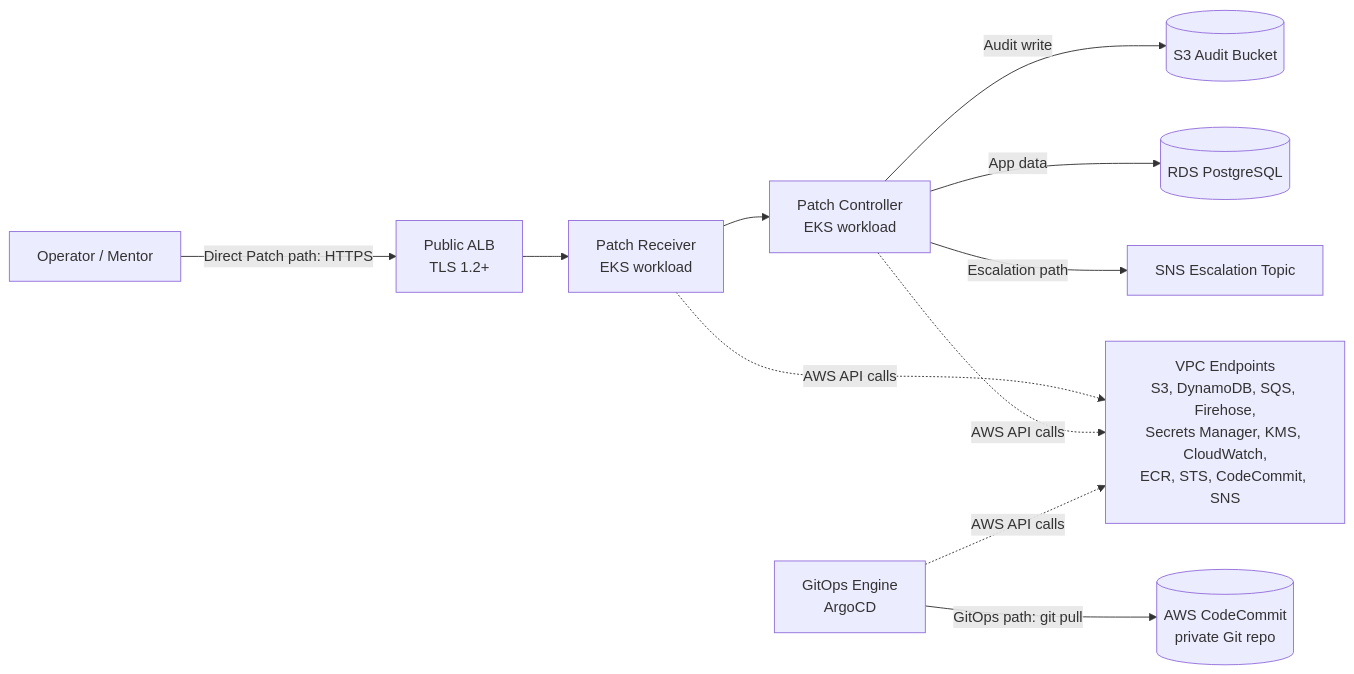
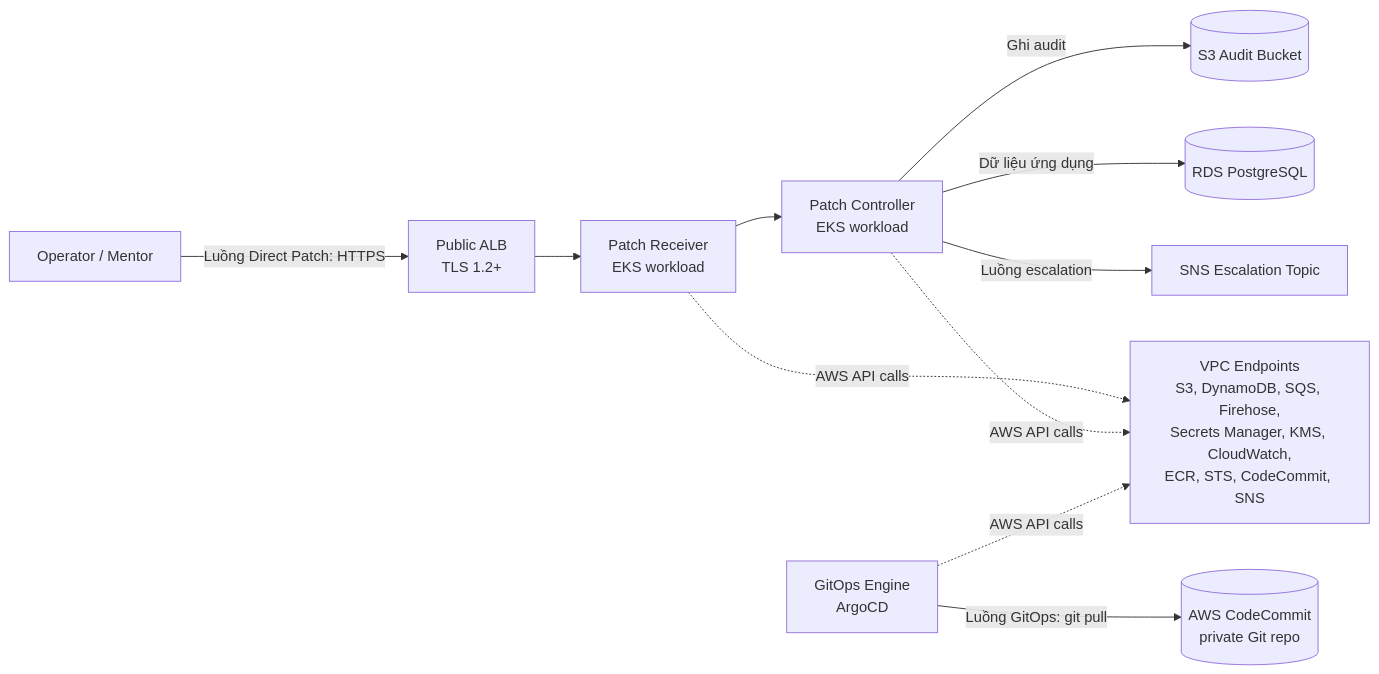
One commit to truongcongtu318/capstone-phase2 changed the diagram in capstone/tf-3/cdo-1/docs/03_security_design.md. Above: the diagram before and after it, drawn with Mermaid. The commit also changed other lines of this file, not shown here.

````diff
--- a/capstone/tf-3/cdo-1/docs/03_security_design.md
+++ b/capstone/tf-3/cdo-1/docs/03_security_design.md
@@ -18,22 +18,22 @@
 ```mermaid
 flowchart LR
     user[Operator / Mentor]
     alb[Public ALB<br/>TLS 1.2+]
     receiver[Patch Receiver<br/>EKS workload]
     controller[Patch Controller<br/>EKS workload]
     gitops[GitOps Engine<br/>ArgoCD]
     codecommit[(AWS CodeCommit<br/>private Git repo)]
     sns[SNS Escalation Topic]
     s3[(S3 Audit Bucket)]
     rds[(RDS PostgreSQL)]
     vpce[VPC Endpoints<br/>S3, DynamoDB, SQS, Firehose,<br/>Secrets Manager, KMS, CloudWatch,<br/>ECR, STS, CodeCommit, SNS]
 
-    user -->|Direct Patch path: HTTPS| alb --> receiver --> controller
-    controller -->|Audit write| s3
-    controller -->|App data| rds
-    gitops -->|GitOps path: git pull| codecommit
-    controller -->|Escalation path| sns
+    user -->|Luồng Direct Patch: HTTPS| alb --> receiver --> controller
+    controller -->|Ghi audit| s3
+    controller -->|Dữ liệu ứng dụng| rds
+    gitops -->|Luồng GitOps: git pull| codecommit
+    controller -->|Luồng escalation| sns
     receiver -. AWS API calls .-> vpce
     controller -. AWS API calls .-> vpce
     gitops -. AWS API calls .-> vpce
 ```
````
